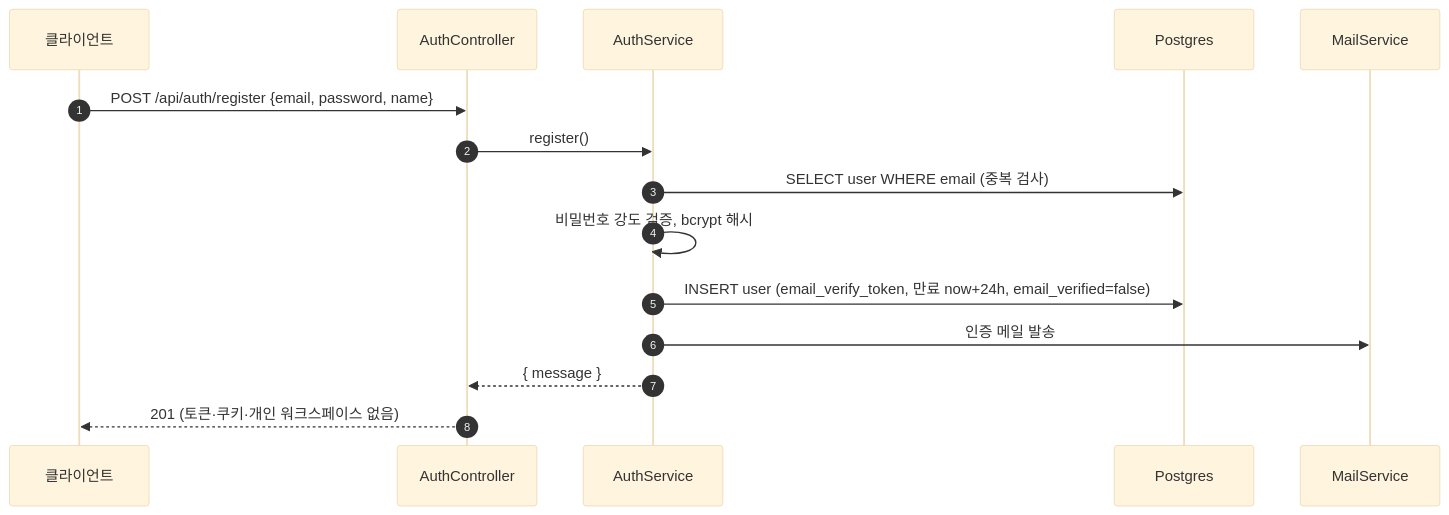
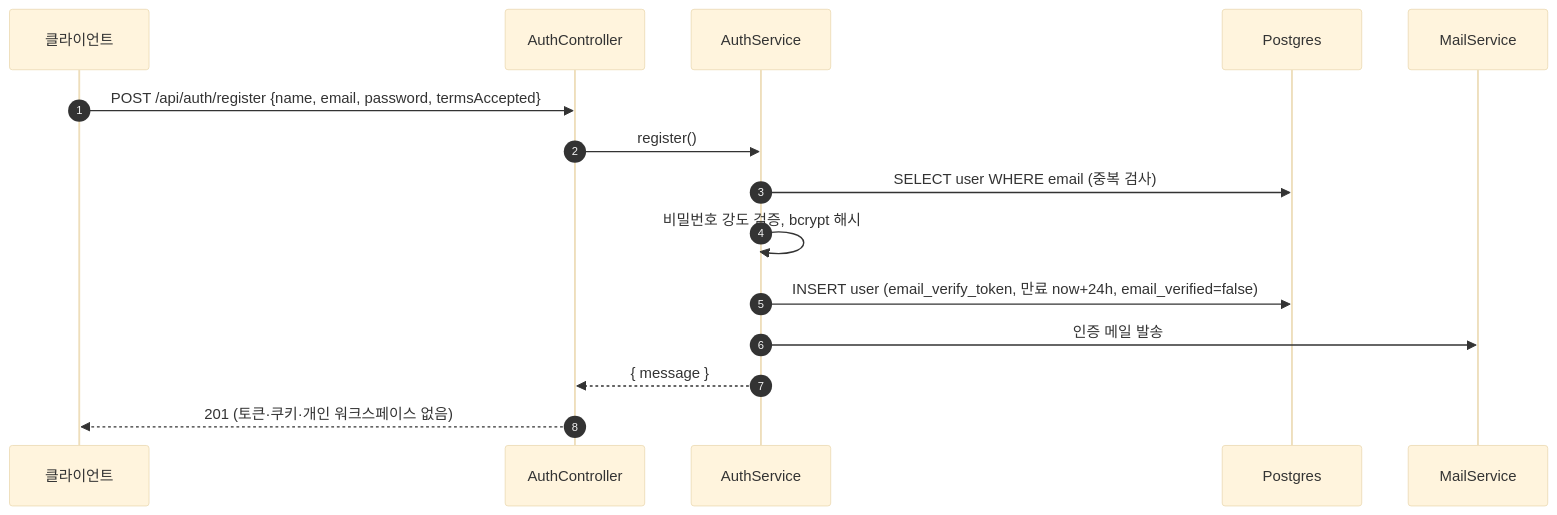
The first of 6 diagrams in spec/CLE-ACCT/CLE-ACCT-DATA-AUTH.md (worker-ants/clemvion), drawn with Mermaid (base theme) before and after one commit. The commit also changed other lines of this file and 15 other files, not shown here.

````diff
--- a/spec/CLE-ACCT/CLE-ACCT-DATA-AUTH.md
+++ b/spec/CLE-ACCT/CLE-ACCT-DATA-AUTH.md
@@ -25,17 +27,17 @@
 ```mermaid
 sequenceDiagram
   autonumber
   participant C as 클라이언트
   participant Ctl as AuthController
   participant Svc as AuthService
   participant PG as Postgres
   participant Mail as MailService
-  C->>Ctl: POST /api/auth/register {email, password, name}
+  C->>Ctl: POST /api/auth/register {name, email, password, termsAccepted}
   Ctl->>Svc: register()
   Svc->>PG: SELECT user WHERE email (중복 검사)
   Svc->>Svc: 비밀번호 강도 검증, bcrypt 해시
   Svc->>PG: INSERT user (email_verify_token, 만료 now+24h, email_verified=false)
   Svc->>Mail: 인증 메일 발송
   Svc-->>Ctl: { message }
   Ctl-->>C: 201 (토큰·쿠키·개인 워크스페이스 없음)
 ```
````
